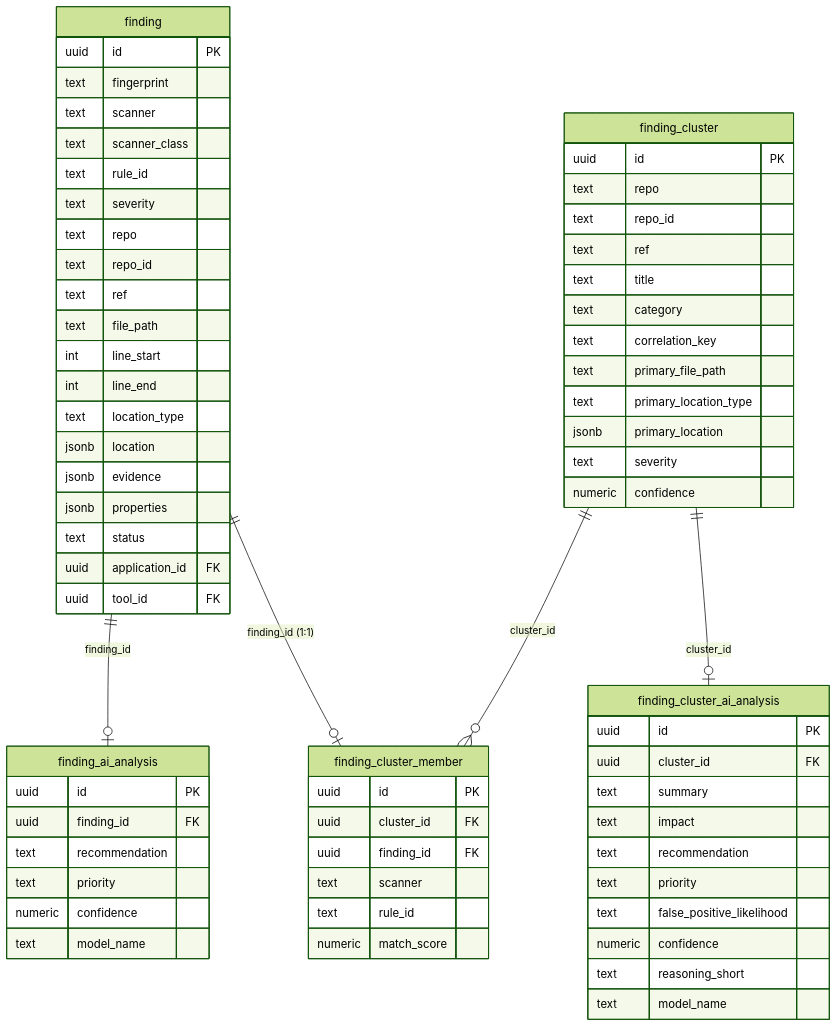
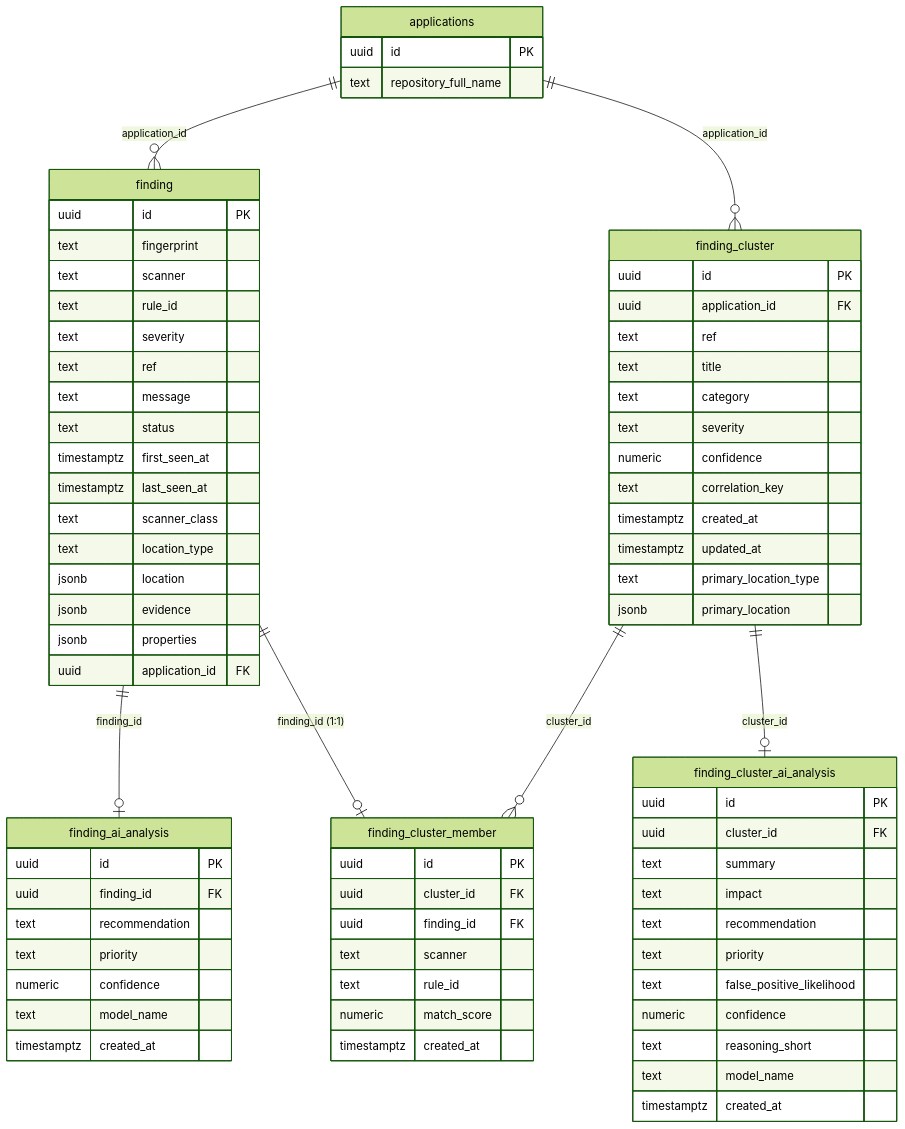
The second of 5 diagrams in docs/reference/database-schema.md (OdinEye-FIAP/aspm-docs), drawn with Mermaid (forest theme) before and after one commit. The commit also changed other lines of this file and 2 other files, not shown here.

First line of the commit message:
docs: remove security_tools e ressincroniza database-schema.md

````diff
--- a/docs/reference/database-schema.md
+++ b/docs/reference/database-schema.md
@@ -186,71 +154,77 @@
 ```mermaid
 erDiagram
     finding {
         uuid id PK
         text fingerprint
         text scanner
-        text scanner_class
         text rule_id
         text severity
-        text repo
-        text repo_id
         text ref
-        text file_path
-        int line_start
-        int line_end
+        text message
+        text status
+        timestamptz first_seen_at
+        timestamptz last_seen_at
+        text scanner_class
         text location_type
         jsonb location
         jsonb evidence
         jsonb properties
-        text status
         uuid application_id FK
-        uuid tool_id FK
     }
     finding_ai_analysis {
         uuid id PK
         uuid finding_id FK
         text recommendation
         text priority
         numeric confidence
         text model_name
+        timestamptz created_at
     }
     finding_cluster {
         uuid id PK
-        text repo
-        text repo_id
+        uuid application_id FK
         text ref
         text title
         text category
+        text severity
+        numeric confidence
         text correlation_key
-        text primary_file_path
+        timestamptz created_at
+        timestamptz updated_at
         text primary_location_type
         jsonb primary_location
-        text severity
-        numeric confidence
     }
     finding_cluster_ai_analysis {
         uuid id PK
         uuid cluster_id FK
         text summary
         text impact
         text recommendation
         text priority
         text false_positive_likelihood
         numeric confidence
         text reasoning_short
         text model_name
+        timestamptz created_at
     }
     finding_cluster_member {
         uuid id PK
         uuid cluster_id FK
         uuid finding_id FK
         text scanner
         text rule_id
         numeric match_score
+        timestamptz created_at
+    }
+    applications {
+        uuid id PK
+        text repository_full_name
     }
 
+    applications ||--o{ finding : "application_id"
+    applications ||--o{ finding_cluster : "application_id"
     finding ||--o| finding_ai_analysis : "finding_id"
     finding ||--o| finding_cluster_member : "finding_id (1:1)"
     finding_cluster ||--o{ finding_cluster_member : "cluster_id"
     finding_cluster ||--o| finding_cluster_ai_analysis : "cluster_id"
 ```
````
